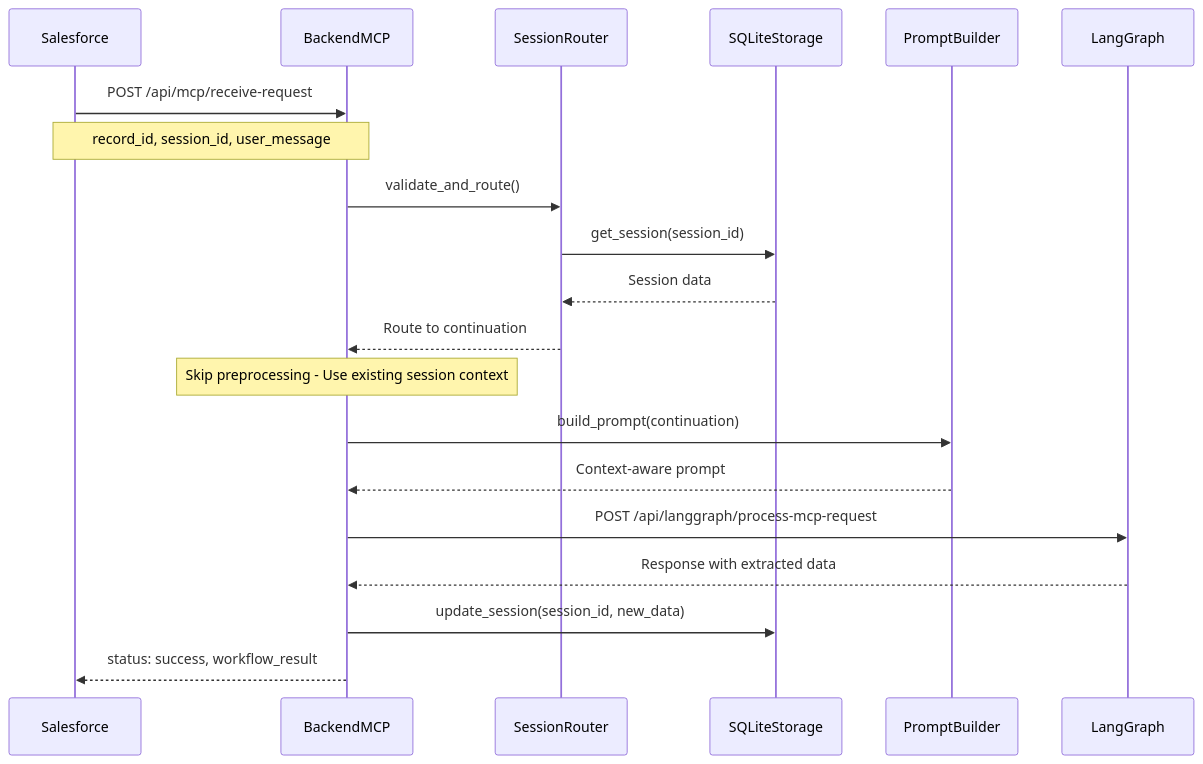
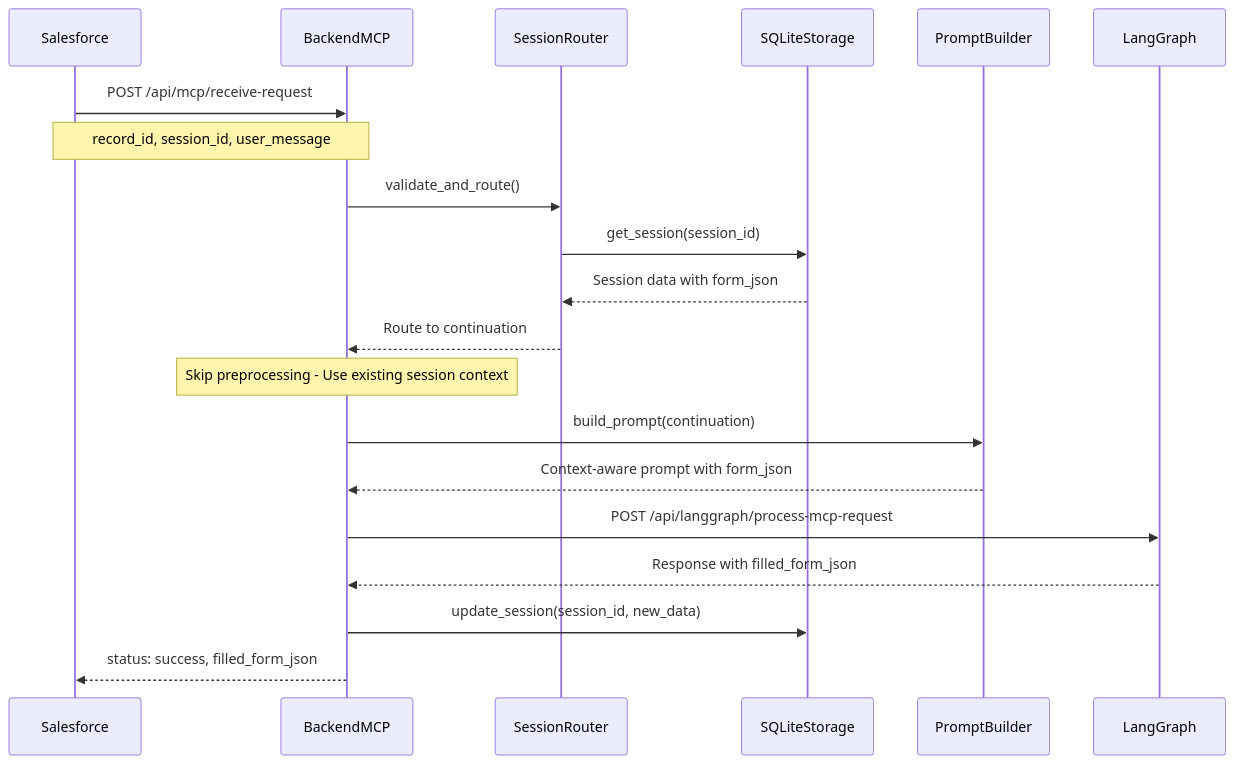
The fourth of 6 diagrams in docs/ARCHITECTURE.md (Yasser1AITLAZIZ/sfd-clm), drawn with Mermaid before and after one commit. The commit also changed other lines of this file and 40 other files, not shown here.

Commit message:
new architecture setup

````diff
--- a/docs/ARCHITECTURE.md
+++ b/docs/ARCHITECTURE.md
@@ -99,27 +140,25 @@
 ```mermaid
 sequenceDiagram
     participant SF as Salesforce
     participant MCP as BackendMCP
     participant Router as SessionRouter
     participant Storage as SQLiteStorage
     participant Prompt as PromptBuilder
     participant LG as LangGraph
   
     SF->>MCP: POST /api/mcp/receive-request
     Note over SF,MCP: record_id, session_id, user_message
     MCP->>Router: validate_and_route()
     Router->>Storage: get_session(session_id)
-    Storage-->>Router: Session data
+    Storage-->>Router: Session data with form_json
     Router-->>MCP: Route to continuation
   
     Note over MCP: Skip preprocessing - Use existing session context
   
     MCP->>Prompt: build_prompt(continuation)
-    Prompt-->>MCP: Context-aware prompt
-  
+    Prompt-->>MCP: Context-aware prompt with form_json
     MCP->>LG: POST /api/langgraph/process-mcp-request
-    LG-->>MCP: Response with extracted data
-  
+    LG-->>MCP: Response with filled_form_json
     MCP->>Storage: update_session(session_id, new_data)
-    MCP-->>SF: status: success, workflow_result
+    MCP-->>SF: status: success, filled_form_json
 ```
````
